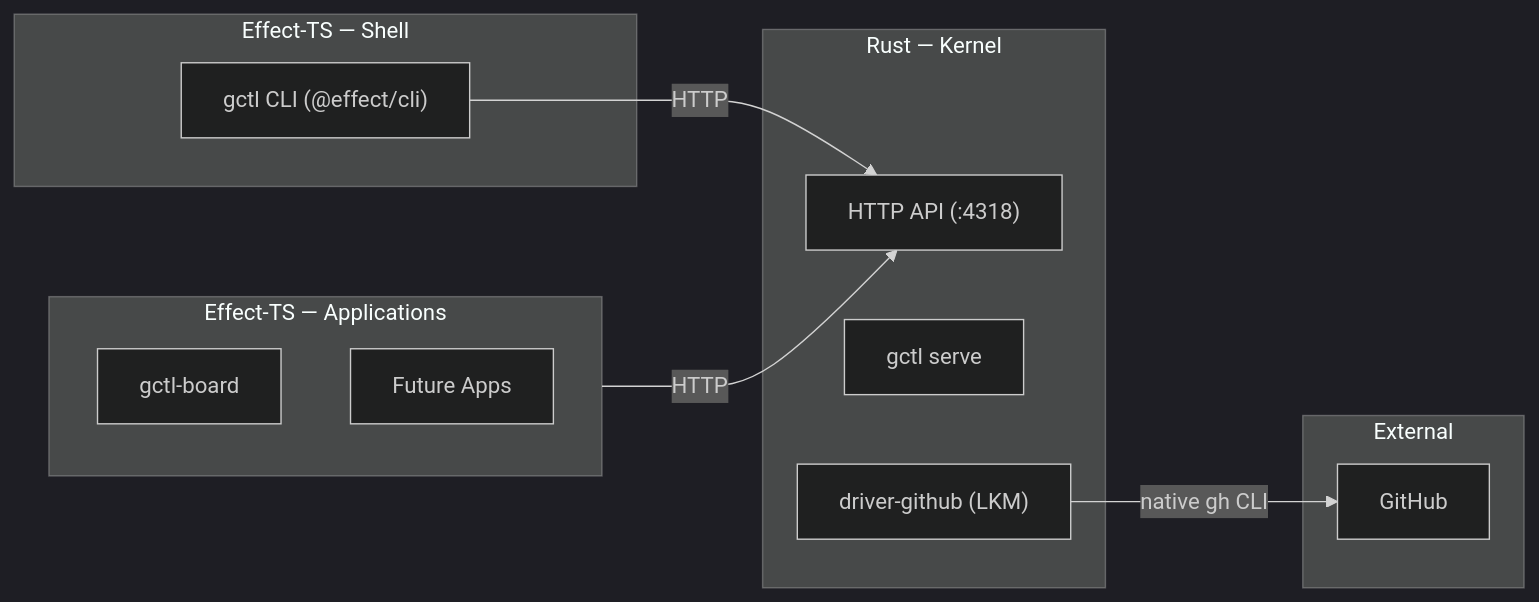
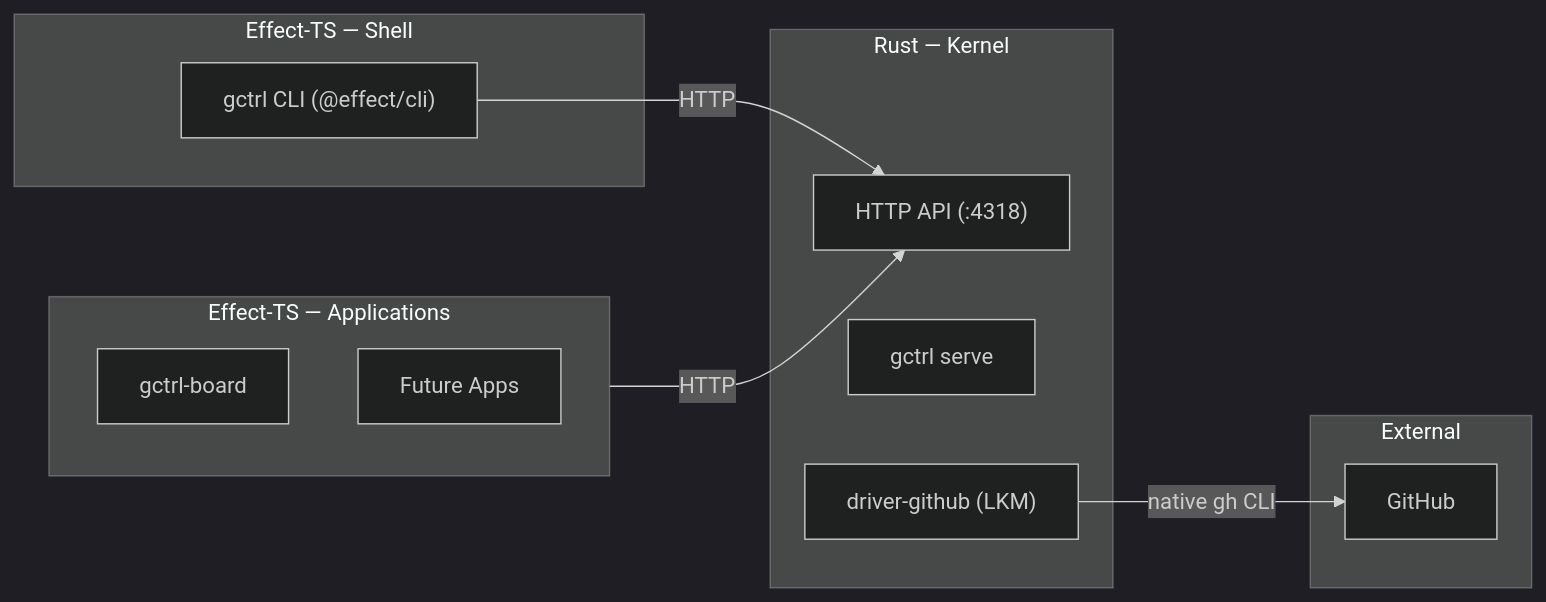
One commit to OpenHackersClub/gctrl changed the diagram in specs/implementation/apps/components.md. Above: the diagram before and after it, drawn with Mermaid (dark theme). The commit also changed other lines of this file and 360 other files, not shown here.

First line of the commit message:
refactor: rename brand gctl → gctrl across repo

````diff
--- a/specs/implementation/apps/components.md
+++ b/specs/implementation/apps/components.md
@@ -13,25 +13,25 @@
 ```mermaid
 graph LR
     subgraph Apps["Effect-TS — Applications"]
-        Board["gctl-board"]
+        Board["gctrl-board"]
         FutureApps["Future Apps"]
     end
 
     subgraph Shell["Effect-TS — Shell"]
-        CLI["gctl CLI (@effect/cli)"]
+        CLI["gctrl CLI (@effect/cli)"]
     end
 
     subgraph Kernel["Rust — Kernel"]
         API["HTTP API (:4318)"]
-        Daemon["gctl serve"]
+        Daemon["gctrl serve"]
         DrvGH["driver-github (LKM)"]
     end
 
     subgraph External["External"]
         GitHub["GitHub"]
     end
 
     Apps -->|"HTTP"| API
     CLI -->|"HTTP"| API
     DrvGH -->|"native gh CLI"| GitHub
 ```
````
